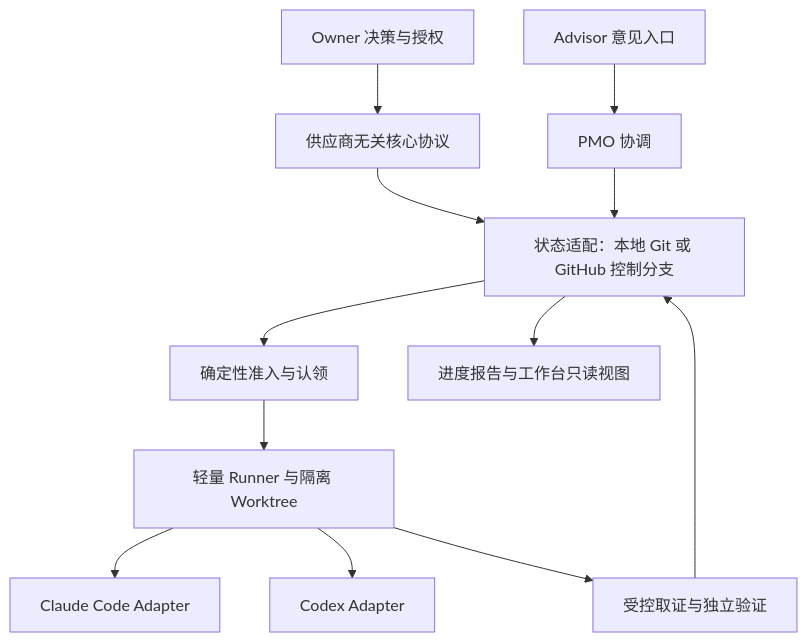
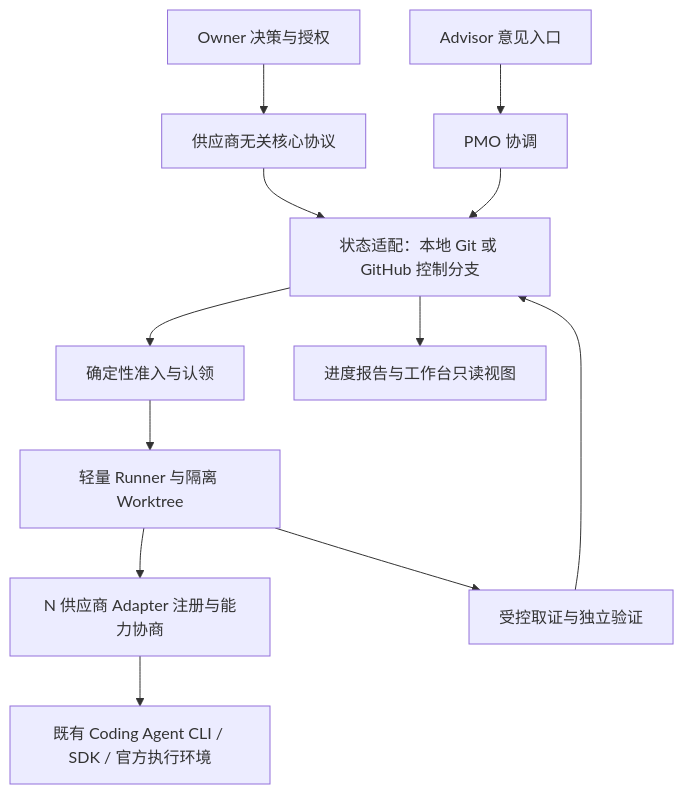
Before and after one commit to oowanghuan/ai-coding-template: the first of 2 diagrams in docs/v4/V4_ARCHITECTURE.md, drawn with Mermaid. The commit also changed other lines of this file and 36 other files, not shown here.

````diff
--- a/docs/v4/V4_ARCHITECTURE.md
+++ b/docs/v4/V4_ARCHITECTURE.md
@@ -8,14 +9,14 @@
 ```mermaid
 flowchart TD
     O[Owner 决策与授权] --> C[供应商无关核心协议]
     C --> S[状态适配：本地 Git 或 GitHub 控制分支]
     P[PMO 协调] --> S
     A[Advisor 意见入口] --> P
     S --> D[确定性准入与认领]
     D --> R[轻量 Runner 与隔离 Worktree]
-    R --> CC[Claude Code Adapter]
-    R --> CX[Codex Adapter]
+    R --> AR[N 供应商 Adapter 注册与能力协商]
+    AR --> CA[既有 Coding Agent CLI / SDK / 官方执行环境]
     R --> E[受控取证与独立验证]
     E --> S
     S --> V[进度报告与工作台只读视图]
 ```
````
